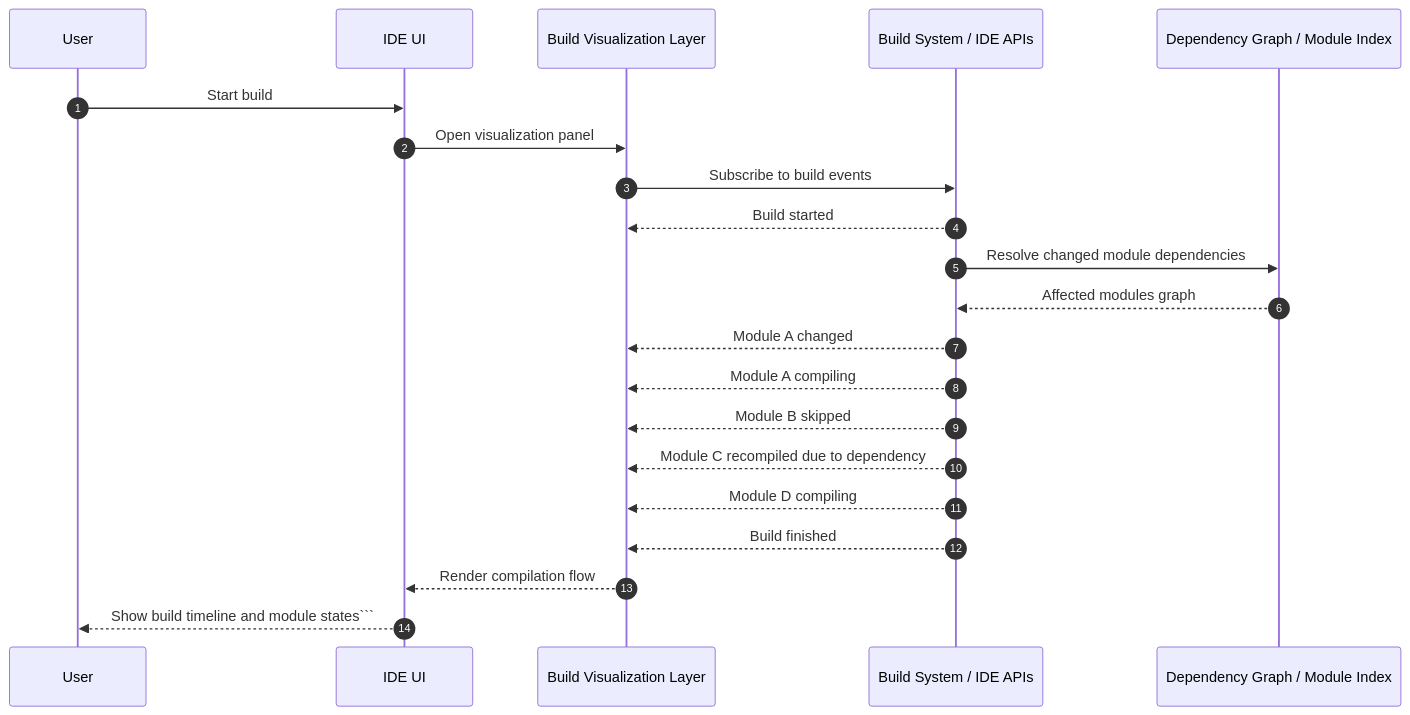
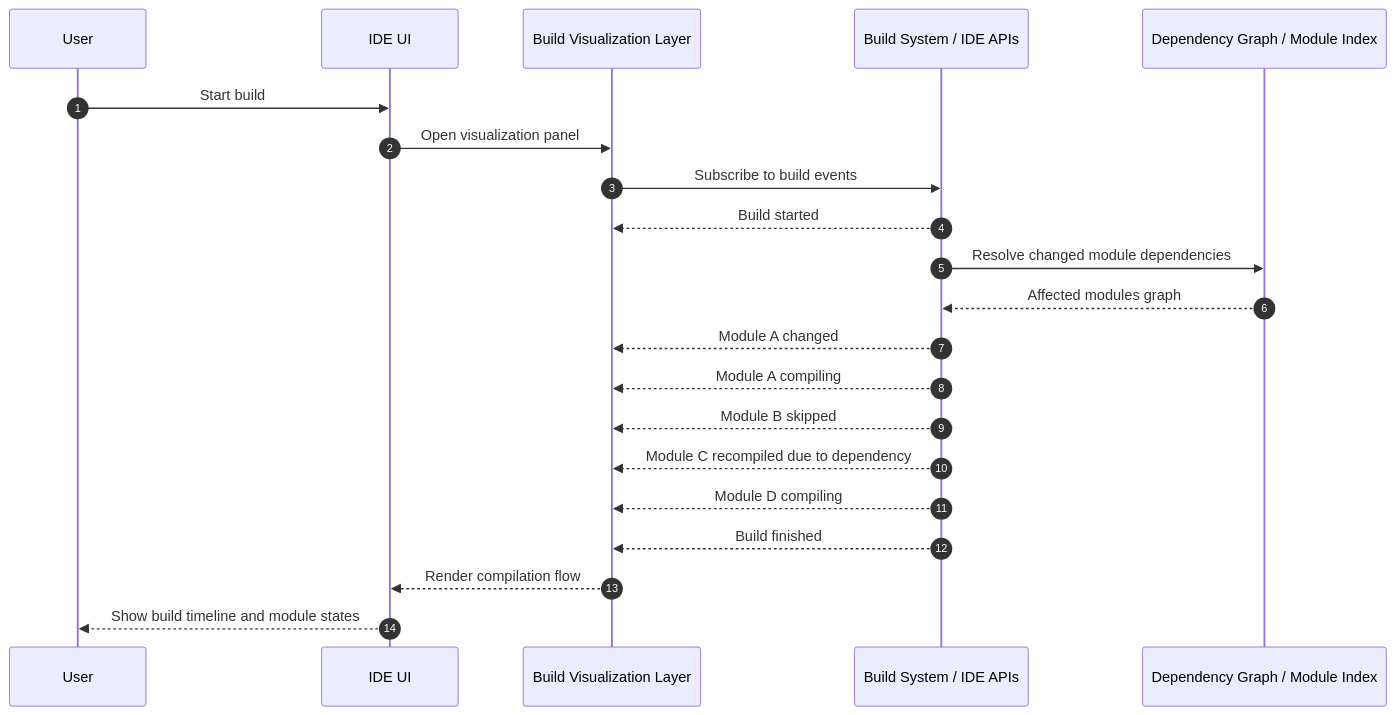
Before and after one commit to JinTonikCZ/Build-process-visualization-for-Incremental-Compilation: the first of 4 diagrams in README.md, drawn with Mermaid.

Commit message:
Fix formatting of build timeline display in README

````diff
--- a/README.md
+++ b/README.md
@@ -87,30 +87,30 @@
 ```mermaid
 
 sequenceDiagram
     autonumber
 
     participant U as User
     participant IDE as IDE UI
     participant BV as Build Visualization Layer
     participant API as Build System / IDE APIs
     participant IDX as Dependency Graph / Module Index
 
     U->>IDE: Start build
     IDE->>BV: Open visualization panel
     BV->>API: Subscribe to build events
     API-->>BV: Build started
 
     API->>IDX: Resolve changed module dependencies
     IDX-->>API: Affected modules graph
 
     API-->>BV: Module A changed
     API-->>BV: Module A compiling
     API-->>BV: Module B skipped
     API-->>BV: Module C recompiled due to dependency
     API-->>BV: Module D compiling
     API-->>BV: Build finished
 
     BV-->>IDE: Render compilation flow
-    IDE-->>U: Show build timeline and module states```
+    IDE-->>U: Show build timeline and module states
 
 ```
````
